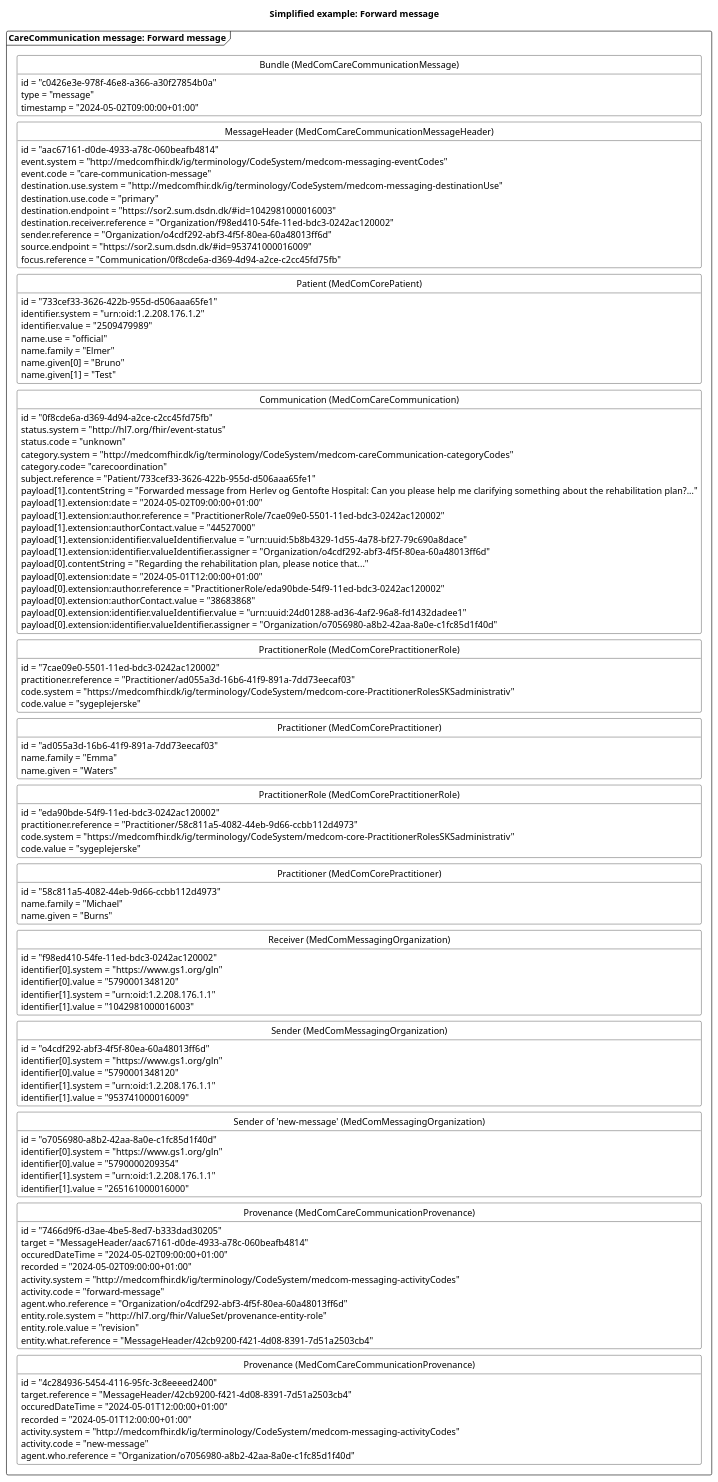
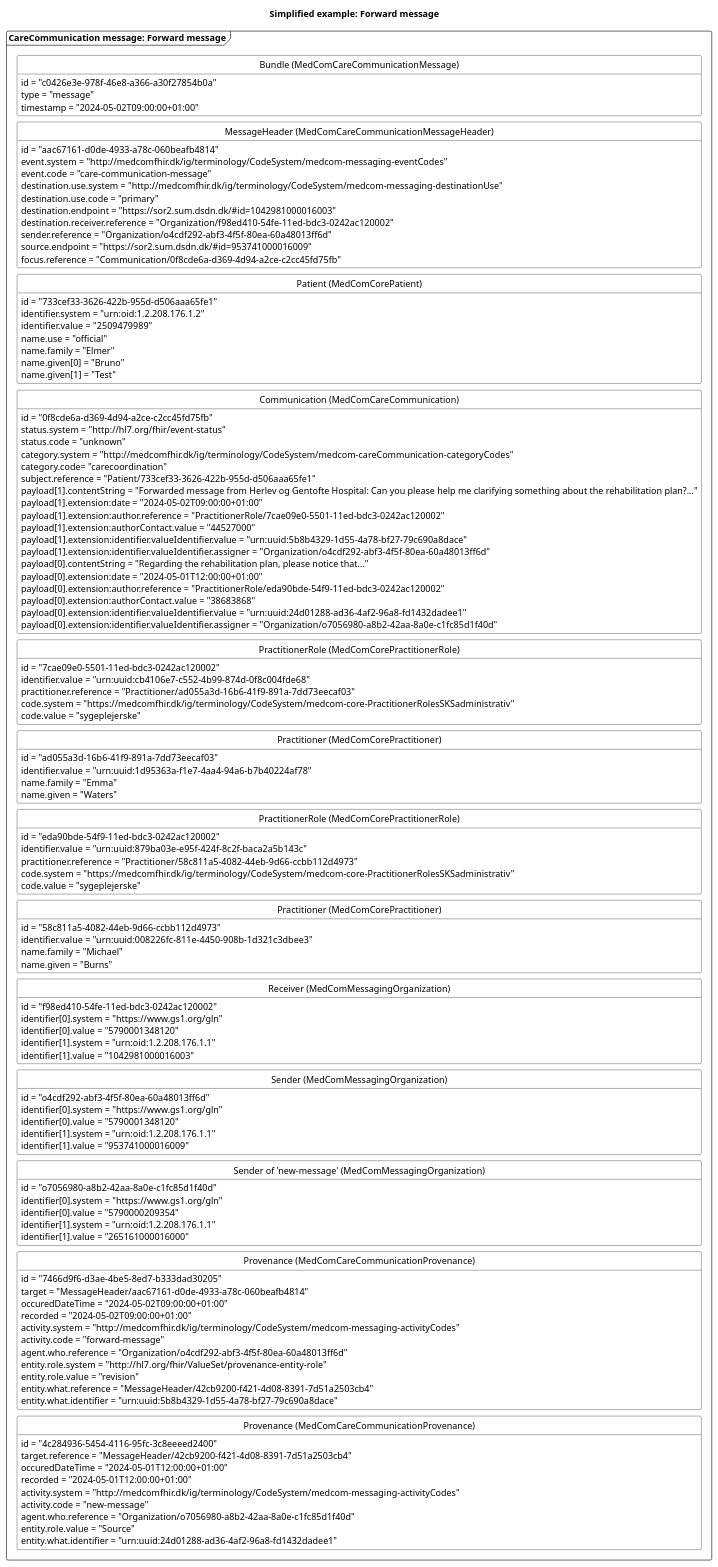
The diagram in puml/CareCommunicationForwardMessage.puml (medcomdk/dk-medcom-carecommunication), drawn with PlantUML before and after one commit. The commit also changed 2 other files, not shown here.

Commit message:
update of uml diagrams

```diff
--- a/puml/CareCommunicationForwardMessage.puml
+++ b/puml/CareCommunicationForwardMessage.puml
@@ -1,145 +1,152 @@
 @startuml CCForwardMessage2
 
 'layout
 skinparam class {
     BackgroundColor White
     BorderColor Black
     ArrowColor Black
   }
 hide circle
 hide empty members
 skinparam SameClassWidth true
 skinparam Ranksep 10
 
 
 'title
 title Simplified example: Forward message
 
 'Message 1: Forward message
 package "CareCommunication message: Forward message" as forward <<Frame>>{
     class "Bundle (MedComCareCommunicationMessage)" as forwardB {
         id = "c0426e3e-978f-46e8-a366-a30f27854b0a"
         type = "message"
         timestamp = "2024-05-02T09:00:00+01:00"
     }
     class "MessageHeader (MedComCareCommunicationMessageHeader)" as forwardMH{
         id = "aac67161-d0de-4933-a78c-060beafb4814"
         event.system = "http://medcomfhir.dk/ig/terminology/CodeSystem/medcom-messaging-eventCodes"
         event.code = "care-communication-message"
         destination.use.system = "http://medcomfhir.dk/ig/terminology/CodeSystem/medcom-messaging-destinationUse"
         destination.use.code = "primary"
         destination.endpoint = "https://sor2.sum.dsdn.dk/#id=1042981000016003"
         destination.receiver.reference = "Organization/f98ed410-54fe-11ed-bdc3-0242ac120002"
         sender.reference = "Organization/o4cdf292-abf3-4f5f-80ea-60a48013ff6d"
         source.endpoint = "https://sor2.sum.dsdn.dk/#id=953741000016009"
         focus.reference = "Communication/0f8cde6a-d369-4d94-a2ce-c2cc45fd75fb"
     }
     class "Patient (MedComCorePatient)" as forwardPT{
         id = "733cef33-3626-422b-955d-d506aaa65fe1"
         identifier.system = "urn:oid:1.2.208.176.1.2"
         identifier.value = "2509479989"
         name.use = "official"
         name.family = "Elmer"
         name.given[0] = "Bruno"
         name.given[1] = "Test"
     }
     class "Communication (MedComCareCommunication)" as forwardCom{
         id = "0f8cde6a-d369-4d94-a2ce-c2cc45fd75fb"
         status.system = "http://hl7.org/fhir/event-status" 
         status.code = "unknown"
         category.system = "http://medcomfhir.dk/ig/terminology/CodeSystem/medcom-careCommunication-categoryCodes"
         category.code= "carecoordination"
         subject.reference = "Patient/733cef33-3626-422b-955d-d506aaa65fe1"
         payload[1].contentString = "Forwarded message from Herlev og Gentofte Hospital: Can you please help me clarifying something about the rehabilitation plan?..."
         payload[1].extension:date = "2024-05-02T09:00:00+01:00"
         payload[1].extension:author.reference = "PractitionerRole/7cae09e0-5501-11ed-bdc3-0242ac120002"
         payload[1].extension:authorContact.value = "44527000"
         payload[1].extension:identifier.valueIdentifier.value = "urn:uuid:5b8b4329-1d55-4a78-bf27-79c690a8dace"
         payload[1].extension:identifier.valueIdentifier.assigner = "Organization/o4cdf292-abf3-4f5f-80ea-60a48013ff6d"
         payload[0].contentString = "Regarding the rehabilitation plan, please notice that..."
         payload[0].extension:date = "2024-05-01T12:00:00+01:00"
         payload[0].extension:author.reference = "PractitionerRole/eda90bde-54f9-11ed-bdc3-0242ac120002"
         payload[0].extension:authorContact.value = "38683868"
         payload[0].extension:identifier.valueIdentifier.value = "urn:uuid:24d01288-ad36-4af2-96a8-fd1432dadee1"
         payload[0].extension:identifier.valueIdentifier.assigner = "Organization/o7056980-a8b2-42aa-8a0e-c1fc85d1f40d"
     }
     class "PractitionerRole (MedComCorePractitionerRole)" as forwardPracR{
         id = "7cae09e0-5501-11ed-bdc3-0242ac120002"
+        identifier.value = "urn:uuid:cb4106e7-c552-4b99-874d-0f8c004fde68"
         practitioner.reference = "Practitioner/ad055a3d-16b6-41f9-891a-7dd73eecaf03"
         code.system = "https://medcomfhir.dk/ig/terminology/CodeSystem/medcom-core-PractitionerRolesSKSadministrativ"
         code.value = "sygeplejerske"
     }
     class "Practitioner (MedComCorePractitioner)" as forwardPrac{
         id = "ad055a3d-16b6-41f9-891a-7dd73eecaf03"
+        identifier.value = "urn:uuid:1d95363a-f1e7-4aa4-94a6-b7b40224af78"
         name.family = "Emma"
         name.given = "Waters"
     }
     class "PractitionerRole (MedComCorePractitionerRole)" as newPracR{
         id = "eda90bde-54f9-11ed-bdc3-0242ac120002"
+        identifier.value = "urn:uuid:879ba03e-e95f-424f-8c2f-baca2a5b143c"
         practitioner.reference = "Practitioner/58c811a5-4082-44eb-9d66-ccbb112d4973"
         code.system = "https://medcomfhir.dk/ig/terminology/CodeSystem/medcom-core-PractitionerRolesSKSadministrativ"
         code.value = "sygeplejerske"
     }
     class "Practitioner (MedComCorePractitioner)" as newPrac{
         id = "58c811a5-4082-44eb-9d66-ccbb112d4973"
+        identifier.value = "urn:uuid:008226fc-811e-4450-908b-1d321c3dbee3"
         name.family = "Michael"
         name.given = "Burns"
     }
     class "Receiver (MedComMessagingOrganization)" as forwardROrg{
         id = "f98ed410-54fe-11ed-bdc3-0242ac120002"
         identifier[0].system = "https://www.gs1.org/gln"
         identifier[0].value = "5790001348120"
         identifier[1].system = "urn:oid:1.2.208.176.1.1"
         identifier[1].value = "1042981000016003"
     }
     class "Sender (MedComMessagingOrganization)" as forwardSOrg{
         id = "o4cdf292-abf3-4f5f-80ea-60a48013ff6d"
         identifier[0].system = "https://www.gs1.org/gln"
         identifier[0].value = "5790001348120"
         identifier[1].system = "urn:oid:1.2.208.176.1.1"
         identifier[1].value = "953741000016009"
     }
     class "Sender of 'new-message' (MedComMessagingOrganization)" as senderOrg{
         id = "o7056980-a8b2-42aa-8a0e-c1fc85d1f40d"
         identifier[0].system = "https://www.gs1.org/gln"
         identifier[0].value = "5790000209354"
         identifier[1].system = "urn:oid:1.2.208.176.1.1"
         identifier[1].value = "265161000016000"
     }
     class "Provenance (MedComCareCommunicationProvenance)" as forwardPRO{
         id = "7466d9f6-d3ae-4be5-8ed7-b333dad30205"
         target = "MessageHeader/aac67161-d0de-4933-a78c-060beafb4814"
         occuredDateTime = "2024-05-02T09:00:00+01:00"
         recorded = "2024-05-02T09:00:00+01:00"
         activity.system = "http://medcomfhir.dk/ig/terminology/CodeSystem/medcom-messaging-activityCodes"
         activity.code = "forward-message"
         agent.who.reference = "Organization/o4cdf292-abf3-4f5f-80ea-60a48013ff6d"
         entity.role.system = "http://hl7.org/fhir/ValueSet/provenance-entity-role"
         entity.role.value = "revision"
         entity.what.reference = "MessageHeader/42cb9200-f421-4d08-8391-7d51a2503cb4"
+        entity.what.identifier = "urn:uuid:5b8b4329-1d55-4a78-bf27-79c690a8dace"
     }
     class "Provenance (MedComCareCommunicationProvenance)" as newPRO{
         id = "4c284936-5454-4116-95fc-3c8eeeed2400"
         target.reference = "MessageHeader/42cb9200-f421-4d08-8391-7d51a2503cb4"
         occuredDateTime = "2024-05-01T12:00:00+01:00"
         recorded = "2024-05-01T12:00:00+01:00"
         activity.system = "http://medcomfhir.dk/ig/terminology/CodeSystem/medcom-messaging-activityCodes"
         activity.code = "new-message"
         agent.who.reference = "Organization/o7056980-a8b2-42aa-8a0e-c1fc85d1f40d"
+        entity.role.value = "Source"
+        entity.what.identifier = "urn:uuid:24d01288-ad36-4af2-96a8-fd1432dadee1"
     }
 
 forwardB -[hidden]- forwardMH
 forwardMH -[hidden]-forwardPT
 forwardPT-[hidden]-forwardCom
 forwardCom -[hidden]-forwardPracR
 forwardPracR-[hidden]-forwardPrac
 forwardPrac-[hidden]-newPracR
 newPracR-[hidden]-newPrac
 newPrac-[hidden]-forwardROrg
 forwardROrg-[hidden]- forwardSOrg
 forwardSOrg-[hidden]-senderOrg
 senderOrg-[hidden]-forwardPRO
 forwardPRO-[hidden]-newPRO
 
 
 @enduml
```
